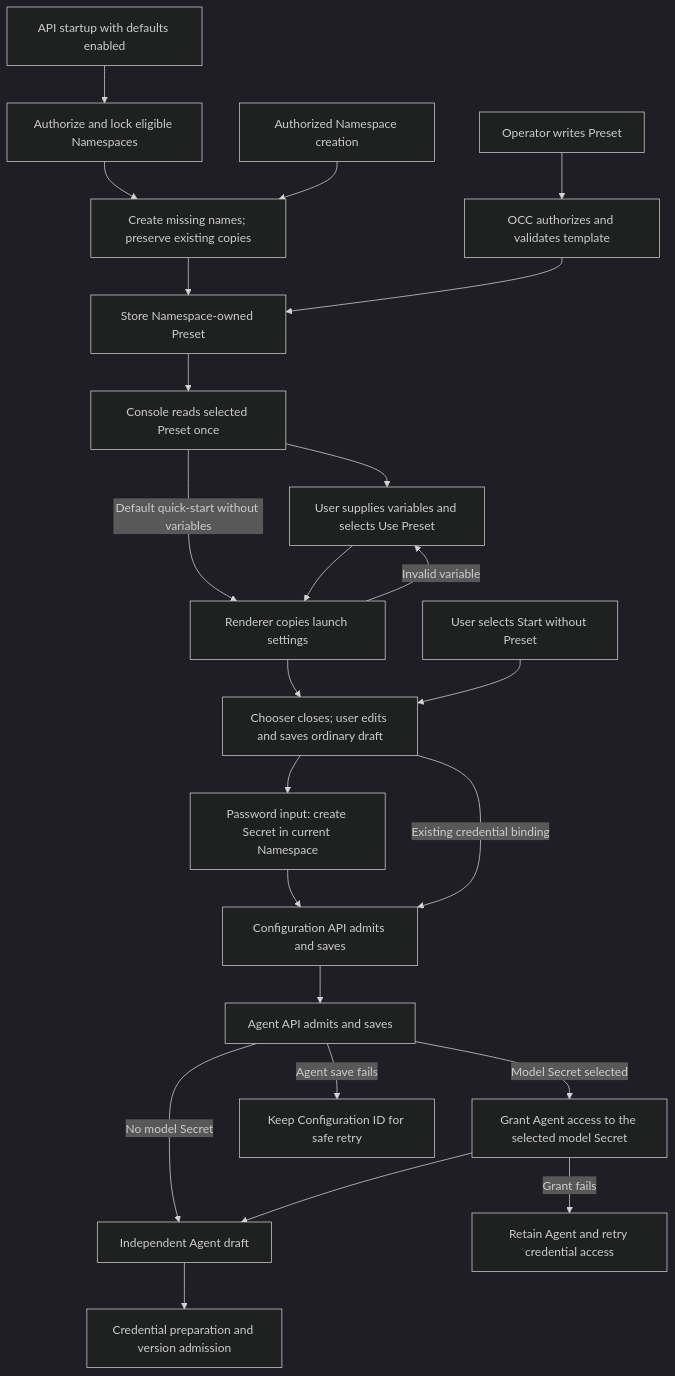
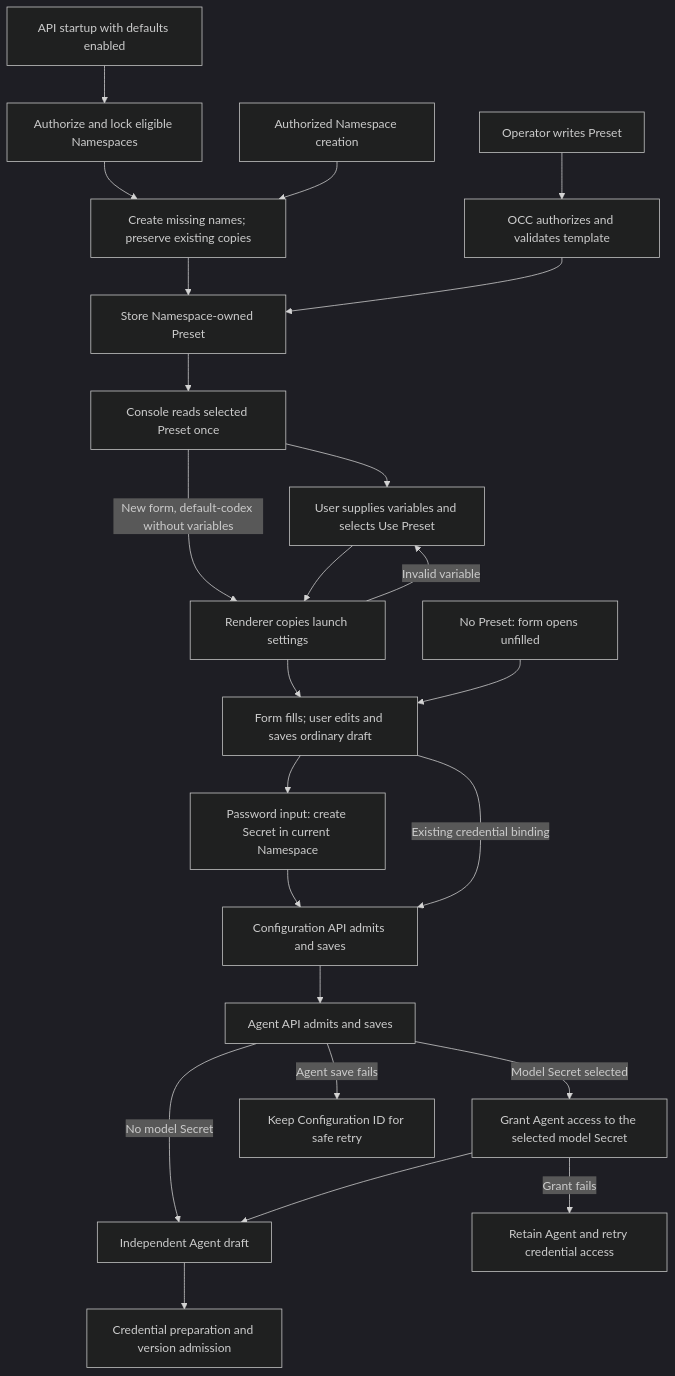
One commit to openclaw/openclaw-enterprise changed the diagram in docs/flows/agent-presets.md. Above: the diagram before and after it, drawn with Mermaid (dark theme). The commit also changed other lines of this file and 54 other files, not shown here.

First line of the commit message:
feat(console): organize Create Agent into tabs with the Preset chooser in Basics

````diff
--- a/docs/flows/agent-presets.md
+++ b/docs/flows/agent-presets.md
@@ -35,26 +35,26 @@
 ```mermaid
 graph TD
   S0["API startup with defaults enabled"] --> S1["Authorize and lock eligible Namespaces"]
   S1 --> S2["Create missing names; preserve existing copies"]
   S2 --> C
   N["Authorized Namespace creation"] --> S2
   A["Operator writes Preset"] --> B["OCC authorizes and validates template"]
   B --> C["Store Namespace-owned Preset"]
   C --> D["Console reads selected Preset once"]
   D --> E["User supplies variables and selects Use Preset"]
-  D -->|Default quick-start without variables| F
+  D -->|New form, default-codex without variables| F
   E --> F["Renderer copies launch settings"]
-  F --> G["Chooser closes; user edits and saves ordinary draft"]
-  U["User selects Start without Preset"] --> G
+  F --> G["Form fills; user edits and saves ordinary draft"]
+  U["No Preset: form opens unfilled"] --> G
   G --> S["Password input: create Secret in current Namespace"]
   S --> H["Configuration API admits and saves"]
   G -->|Existing credential binding| H
   H --> I["Agent API admits and saves"]
   I -->|Model Secret selected| O["Grant Agent access to the selected model Secret"]
   I -->|No model Secret| J
   O --> J["Independent Agent draft"]
   O -->|Grant fails| R["Retain Agent and retry credential access"]
   F -->|Invalid variable| E
   I -->|Agent save fails| K["Keep Configuration ID for safe retry"]
   J --> L["Credential preparation and version admission"]
 ```
````
